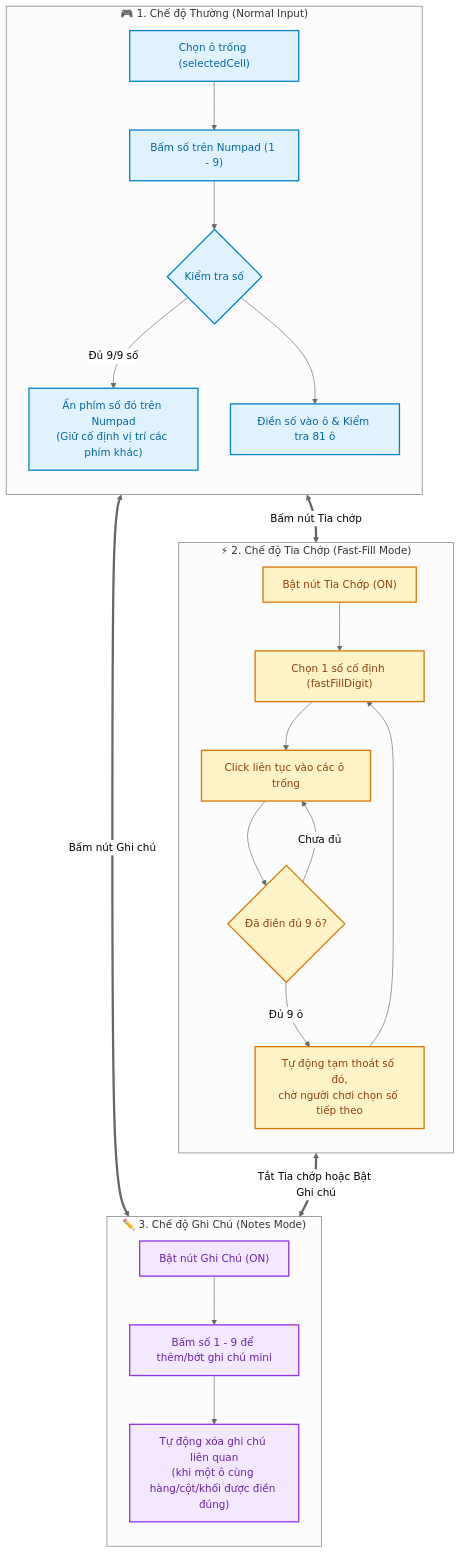
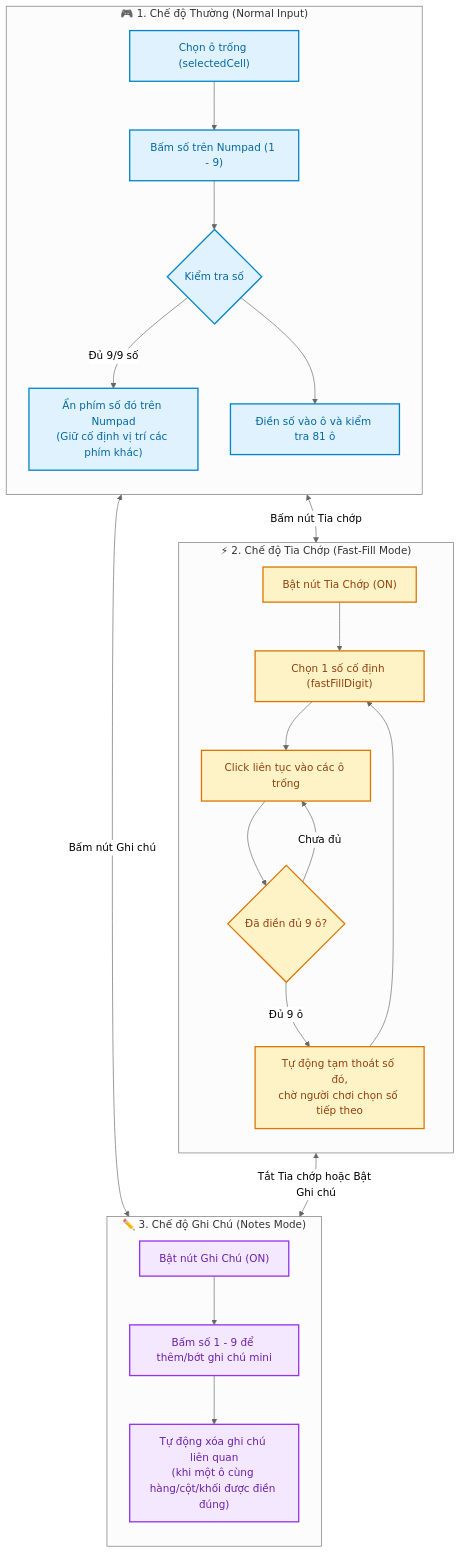
Before and after one commit to Jhanh/Sudoku_game: the second of 3 diagrams in docs/02_game_state_lifecycle.md, drawn with Mermaid (neutral theme). The commit also changed other lines of this file and 5 other files, not shown here.

Commit message:
fix(docs): resolve Mermaid syntax errors for github

````diff
--- a/docs/02_game_state_lifecycle.md
+++ b/docs/02_game_state_lifecycle.md
@@ -62,50 +63,49 @@
 ```mermaid
 flowchart TD
     classDef normal fill:#E0F2FE,stroke:#0284C7,stroke-width:2px,color:#0369A1;
     classDef fast fill:#FEF3C7,stroke:#D97706,stroke-width:2px,color:#92400E;
     classDef note fill:#F3E8FF,stroke:#9333EA,stroke-width:2px,color:#6B21A8;
-    classDef action fill:#DCFCE7,stroke:#16A34A,stroke-width:2px,color:#15803D;
 
     subgraph MODE_NORMAL ["🎮 1. Chế độ Thường (Normal Input)"]
         direction TB
         NORM_SEL["Chọn ô trống (selectedCell)"]
         NORM_INP["Bấm số trên Numpad (1 - 9)"]
         NORM_CHK{"Kiểm tra số"}
-        NORM_OK["Điền số vào ô & Kiểm tra 81 ô"]
+        NORM_OK["Điền số vào ô và kiểm tra 81 ô"]
         
         NORM_SEL --> NORM_INP --> NORM_CHK
         NORM_CHK -->|"Đủ 9/9 số"| NORM_HIDE["Ẩn phím số đó trên Numpad<br/>(Giữ cố định vị trí các phím khác)"]
         NORM_CHK --> NORM_OK
     end
     class MODE_NORMAL,NORM_SEL,NORM_INP,NORM_CHK,NORM_OK,NORM_HIDE normal;
 
     subgraph MODE_FAST ["⚡ 2. Chế độ Tia Chớp (Fast-Fill Mode)"]
         direction TB
         FAST_TOGGLE["Bật nút Tia Chớp (ON)"]
         FAST_DIGIT["Chọn 1 số cố định (fastFillDigit)"]
         FAST_TAP["Click liên tục vào các ô trống"]
         FAST_CHK{"Đã điền đủ 9 ô?"}
         FAST_RESET["Tự động tạm thoát số đó,<br/>chờ người chơi chọn số tiếp theo"]
 
         FAST_TOGGLE --> FAST_DIGIT --> FAST_TAP --> FAST_CHK
         FAST_CHK -->|"Đủ 9 ô"| FAST_RESET
         FAST_CHK -->|"Chưa đủ"| FAST_TAP
         FAST_RESET --> FAST_DIGIT
     end
     class MODE_FAST,FAST_TOGGLE,FAST_DIGIT,FAST_TAP,FAST_CHK,FAST_RESET fast;
 
     subgraph MODE_NOTES ["✏️ 3. Chế độ Ghi Chú (Notes Mode)"]
         direction TB
         NOTE_TOGGLE["Bật nút Ghi Chú (ON)"]
         NOTE_INP["Bấm số 1 - 9 để thêm/bớt ghi chú mini"]
         NOTE_AUTO["Tự động xóa ghi chú liên quan<br/>(khi một ô cùng hàng/cột/khối được điền đúng)"]
 
         NOTE_TOGGLE --> NOTE_INP --> NOTE_AUTO
     end
     class MODE_NOTES,NOTE_TOGGLE,NOTE_INP,NOTE_AUTO note;
 
-    %% Transitions between modes
-    MODE_NORMAL <==>|"Bấm nút Tia chớp"| MODE_FAST
-    MODE_NORMAL <==>|"Bấm nút Ghi chú"| MODE_NOTES
-    MODE_FAST <==>|"Tắt Tia chớp hoặc Bật Ghi chú"| MODE_NOTES
+    %% Chuyển đổi hai chiều giữa các chế độ
+    MODE_NORMAL <-->|"Bấm nút Tia chớp"| MODE_FAST
+    MODE_NORMAL <-->|"Bấm nút Ghi chú"| MODE_NOTES
+    MODE_FAST <-->|"Tắt Tia chớp hoặc Bật Ghi chú"| MODE_NOTES
 ```
````
